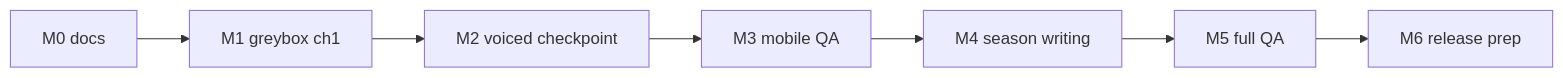
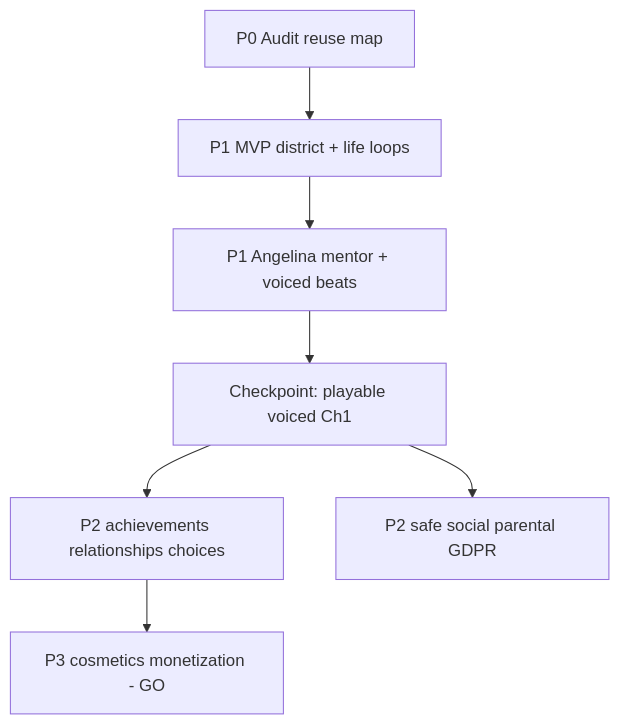
One commit to garum2008-netizen/punk-me-firebase changed the diagram in docs/redesign/EFFORT_PLAN.md. Above: the diagram before and after it, drawn with Mermaid. The commit also changed other lines of this file and 5 other files, not shown here.

````diff
--- a/docs/redesign/EFFORT_PLAN.md
+++ b/docs/redesign/EFFORT_PLAN.md
@@ -21,9 +20,9 @@
 ```mermaid
-flowchart LR
-  M0[M0 docs] --> M1[M1 greybox ch1]
-  M1 --> M2[M2 voiced checkpoint]
-  M2 --> M3[M3 mobile QA]
-  M3 --> M4[M4 season writing]
-  M4 --> M5[M5 full QA]
-  M5 --> M6[M6 release prep]
+flowchart TB
+  P0[P0 Audit reuse map] --> P1G[P1 MVP district + life loops]
+  P1G --> P1A[P1 Angelina mentor + voiced beats]
+  P1A --> CP[Checkpoint: playable voiced Ch1]
+  CP --> P2P[P2 achievements relationships choices]
+  CP --> P2S[P2 safe social parental GDPR]
+  P2P --> P3[P3 cosmetics monetization - GO]
 ```
````
